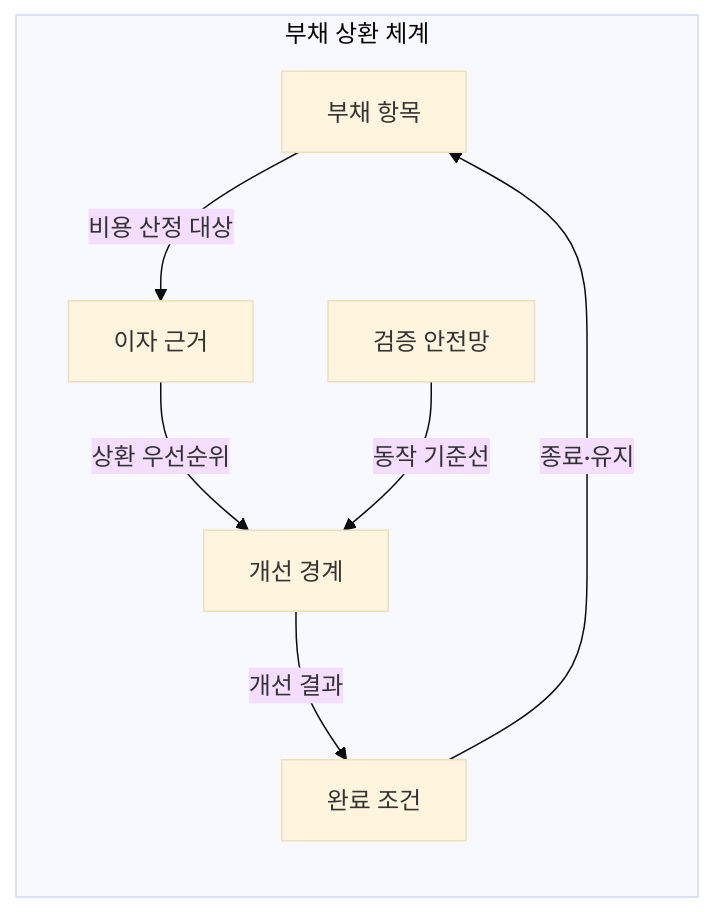
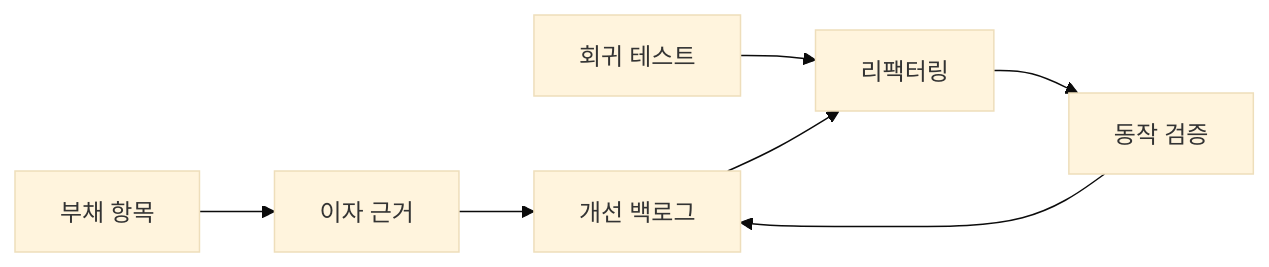
The first of 2 diagrams in src/content/docs/notes/03-software/065_refactoring_technical_debt.md (agnusdei1207/knowledge-base), drawn with Mermaid (base theme) before and after one commit. The commit also changed other lines of this file and 7 other files, not shown here.

````diff
--- a/src/content/docs/notes/03-software/065_refactoring_technical_debt.md
+++ b/src/content/docs/notes/03-software/065_refactoring_technical_debt.md
@@ -63,15 +52,9 @@
 ```mermaid
 flowchart LR
-    subgraph R[부채 상환 체계]
-        D[부채 항목]
-        I[이자 근거]
-        S[검증 안전망]
-        B[개선 경계]
-        C[완료 조건]
-        D -->|비용 산정 대상| I
-        I -->|상환 우선순위| B
-        S -->|동작 기준선| B
-        B -->|개선 결과| C
-        C -->|종료·유지| D
-    end
+    D[부채 항목] --> I[이자 근거]
+    I --> B[개선 백로그]
+    T[회귀 테스트] --> R[리팩터링]
+    B --> R
+    R --> V[동작 검증]
+    V --> B
 ```
````
